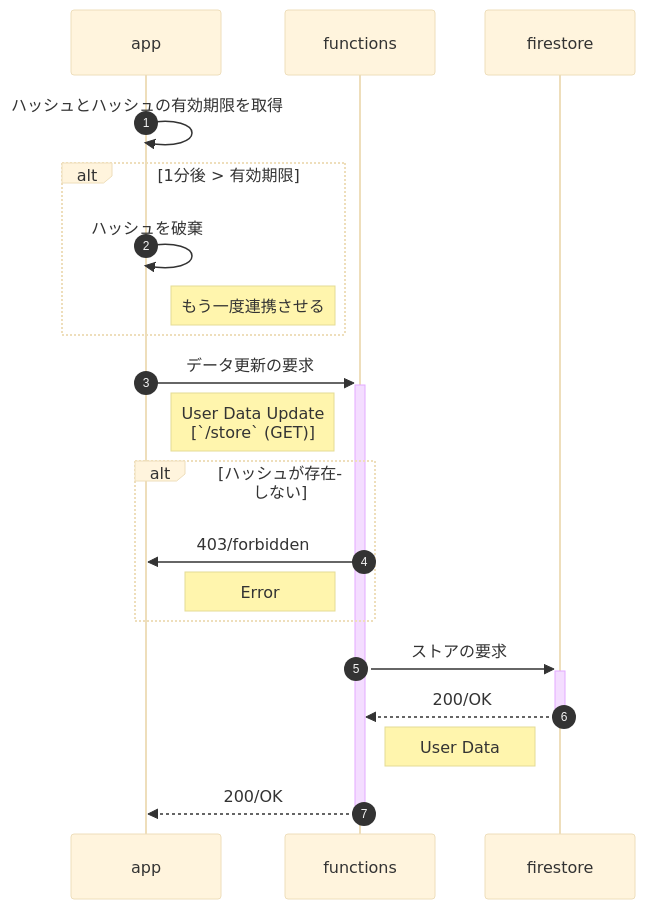
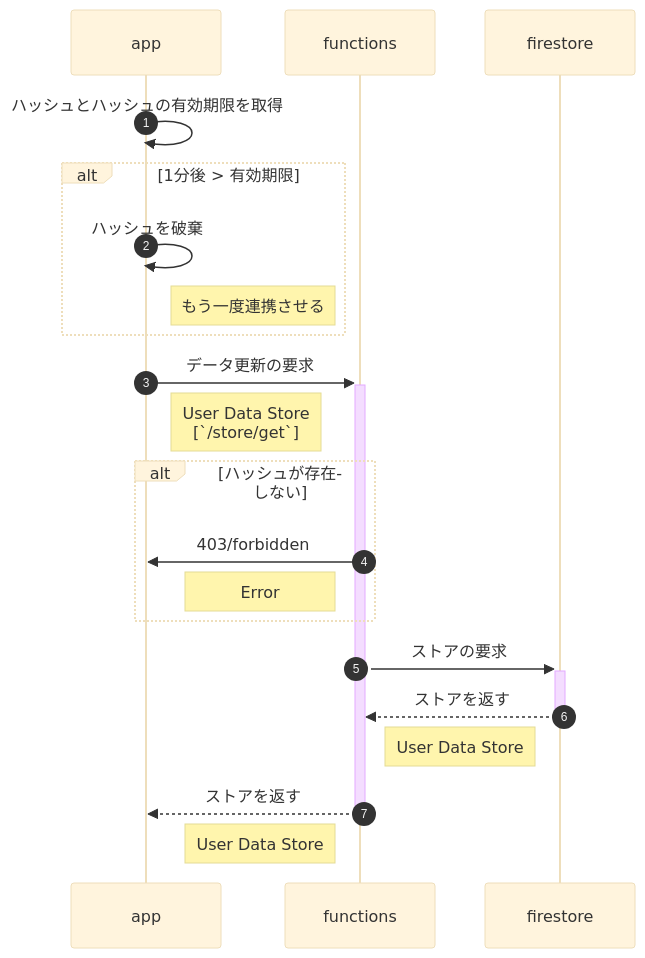
One commit to misc-org/aibo-de-quiz changed the third of 4 diagrams in README.md. Above: the diagram before and after it, drawn with Mermaid (base theme). The commit also changed other lines of this file, not shown here.

Commit message:
📝 シーケンス図更新

````diff
--- a/README.md
+++ b/README.md
@@ -140,29 +140,31 @@
 ```mermaid
 sequenceDiagram
   autonumber
 	participant app
 	participant functions
 	participant firestore
 
   app ->> app: ハッシュとハッシュの有効期限を取得
   alt 1分後 > 有効期限
     app ->> app: ハッシュを破棄
     Note right of app: もう一度連携させる
   end
 
 
   app ->>+ functions: データ更新の要求
-  Note right of app: User Data Update <br /> [`/store` (GET)]
+  Note right of app: User Data Store <br /> [`/store/get`]
 
   alt ハッシュが存在しない
     functions ->> app: 403/forbidden
     Note left of functions: Error
   end
 
   functions ->>+ firestore: ストアの要求
 
-  firestore -->>- functions: 200/OK
-  Note right of functions: User Data
+  firestore -->>- functions: ストアを返す
+  Note right of functions: User Data Store
 
-  functions -->>- app: 200/OK
+  functions -->>- app: ストアを返す
+  Note left of functions: User Data Store
+
 ```
````
